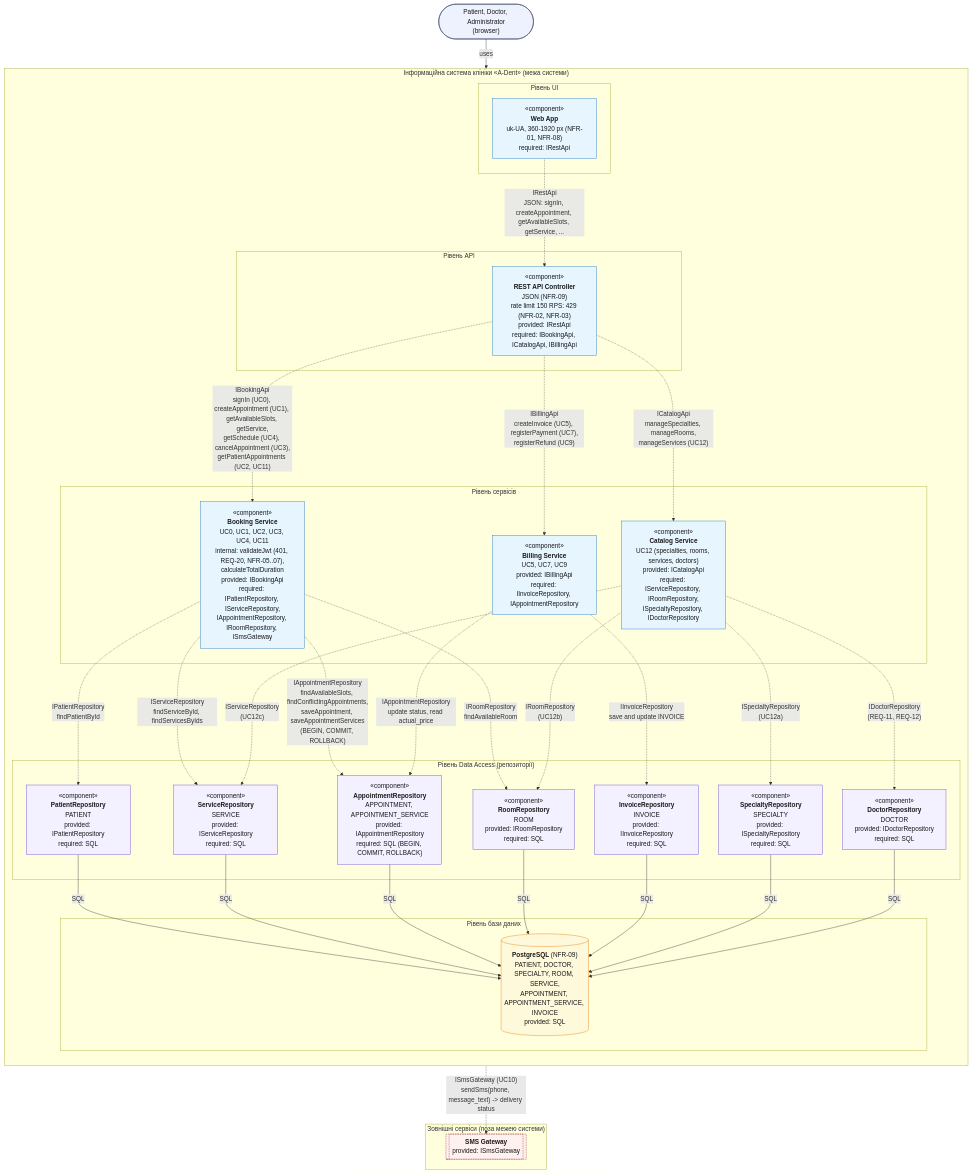
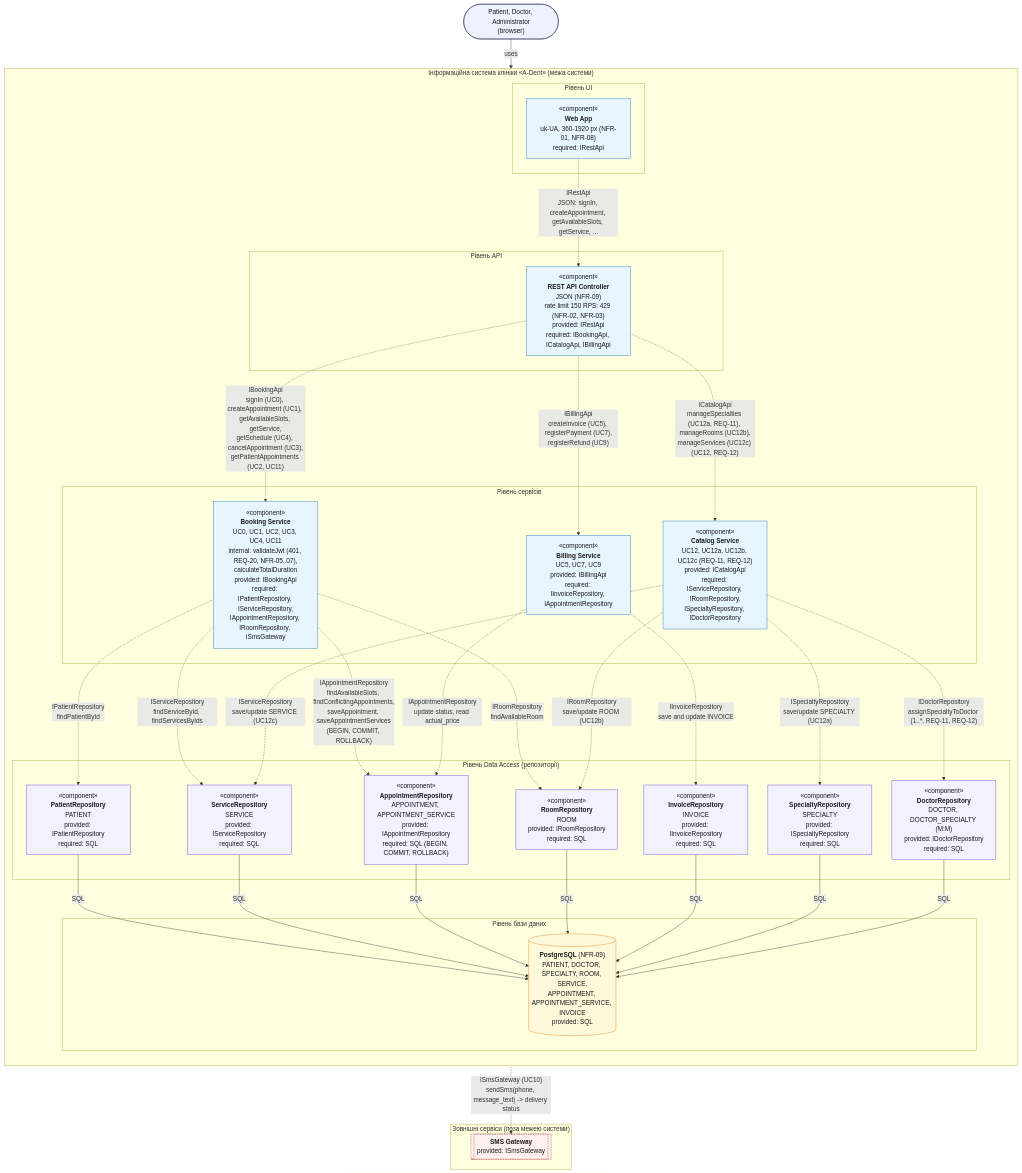
Before and after one commit to dvsqwx/KPI: the diagram in component-diagram.mmd, drawn with Mermaid. The commit also changed 1 other file, not shown here.

Commit message:
fix(component): link doctor specialties M:N and add UC12a-c

```diff
--- a/component-diagram.mmd
+++ b/component-diagram.mmd
@@ -1,87 +1,87 @@
 %% Component diagram — архітектура системи «A-Dent», spec.md розділ 12.
 %% Нотація (Mermaid flowchart): прямокутник «component» — компонент; межа системи — зовнішній subgraph; рівні — вкладені subgraph.
 %% У кожному компоненті вказано provided (що він надає) і required (що йому потрібно) інтерфейси.
 %% Пунктирна стрілка — залежність від required-інтерфейсу: напрямок від споживача до постачальника, підпис — інтерфейс і виклики.
 %% Назви методів і сутностей збігаються з sequence-diagram.mmd, activity-diagram.mmd, use-case-diagram.mmd та er-diagram.mmd.
 flowchart TB
 
     Users(["Patient, Doctor, Administrator<br/>(browser)"]):::actor
 
     subgraph SYS["Інформаційна система клініки «A-Dent» (межа системи)"]
         direction TB
 
         subgraph UI["Рівень UI"]
             WebApp["«component»<br/><b>Web App</b><br/>uk-UA, 360-1920 px (NFR-01, NFR-08)<br/>required: IRestApi"]:::comp
         end
 
         subgraph API["Рівень API"]
             Controller["«component»<br/><b>REST API Controller</b><br/>JSON (NFR-09)<br/>rate limit 150 RPS: 429 (NFR-02, NFR-03)<br/>provided: IRestApi<br/>required: IBookingApi, ICatalogApi, IBillingApi"]:::comp
         end
 
         subgraph SVC["Рівень сервісів"]
             Booking["«component»<br/><b>Booking Service</b><br/>UC0, UC1, UC2, UC3, UC4, UC11<br/>internal: validateJwt (401, REQ-20, NFR-05..07),<br/>calculateTotalDuration<br/>provided: IBookingApi<br/>required: IPatientRepository, IServiceRepository,<br/>IAppointmentRepository, IRoomRepository, ISmsGateway"]:::comp
-            Catalog["«component»<br/><b>Catalog Service</b><br/>UC12 (specialties, rooms, services, doctors)<br/>provided: ICatalogApi<br/>required: IServiceRepository, IRoomRepository,<br/>ISpecialtyRepository, IDoctorRepository"]:::comp
+            Catalog["«component»<br/><b>Catalog Service</b><br/>UC12, UC12a, UC12b, UC12c (REQ-11, REQ-12)<br/>provided: ICatalogApi<br/>required: IServiceRepository, IRoomRepository,<br/>ISpecialtyRepository, IDoctorRepository"]:::comp
             Billing["«component»<br/><b>Billing Service</b><br/>UC5, UC7, UC9<br/>provided: IBillingApi<br/>required: IInvoiceRepository, IAppointmentRepository"]:::comp
         end
 
         subgraph DA["Рівень Data Access (репозиторії)"]
             PatientRepo["«component»<br/><b>PatientRepository</b><br/>PATIENT<br/>provided: IPatientRepository<br/>required: SQL"]:::repo
             ServiceRepo["«component»<br/><b>ServiceRepository</b><br/>SERVICE<br/>provided: IServiceRepository<br/>required: SQL"]:::repo
             AppRepo["«component»<br/><b>AppointmentRepository</b><br/>APPOINTMENT, APPOINTMENT_SERVICE<br/>provided: IAppointmentRepository<br/>required: SQL (BEGIN, COMMIT, ROLLBACK)"]:::repo
             RoomRepo["«component»<br/><b>RoomRepository</b><br/>ROOM<br/>provided: IRoomRepository<br/>required: SQL"]:::repo
             InvoiceRepo["«component»<br/><b>InvoiceRepository</b><br/>INVOICE<br/>provided: IInvoiceRepository<br/>required: SQL"]:::repo
             SpecialtyRepo["«component»<br/><b>SpecialtyRepository</b><br/>SPECIALTY<br/>provided: ISpecialtyRepository<br/>required: SQL"]:::repo
-            DoctorRepo["«component»<br/><b>DoctorRepository</b><br/>DOCTOR<br/>provided: IDoctorRepository<br/>required: SQL"]:::repo
+            DoctorRepo["«component»<br/><b>DoctorRepository</b><br/>DOCTOR, DOCTOR_SPECIALTY (M:M)<br/>provided: IDoctorRepository<br/>required: SQL"]:::repo
         end
 
         subgraph DBL["Рівень бази даних"]
             DB[("<b>PostgreSQL</b> (NFR-09)<br/>PATIENT, DOCTOR, SPECIALTY, ROOM, SERVICE,<br/>APPOINTMENT, APPOINTMENT_SERVICE, INVOICE<br/>provided: SQL")]:::db
         end
     end
 
     subgraph EXT["Зовнішні сервіси (поза межею системи)"]
         SMS[["<b>SMS Gateway</b><br/>provided: ISmsGateway"]]:::ext
     end
 
     %% ===== Користувачі і UI =====
     Users -->|"uses"| WebApp
     WebApp -.->|"IRestApi<br/>JSON: signIn, createAppointment, getAvailableSlots, getService, ..."| Controller
 
     %% ===== API -> сервіси =====
     Controller -.->|"IBookingApi<br/>signIn (UC0), createAppointment (UC1), getAvailableSlots, getService,<br/>getSchedule (UC4), cancelAppointment (UC3),<br/>getPatientAppointments (UC2, UC11)"| Booking
-    Controller -.->|"ICatalogApi<br/>manageSpecialties, manageRooms,<br/>manageServices (UC12)"| Catalog
+    Controller -.->|"ICatalogApi<br/>manageSpecialties (UC12a, REQ-11), manageRooms (UC12b),<br/>manageServices (UC12c) (UC12, REQ-12)"| Catalog
     Controller -.->|"IBillingApi<br/>createInvoice (UC5), registerPayment (UC7),<br/>registerRefund (UC9)"| Billing
 
     %% ===== Booking Service -> Data Access =====
     Booking -.->|"IPatientRepository<br/>findPatientById"| PatientRepo
     Booking -.->|"IServiceRepository<br/>findServiceById, findServicesByIds"| ServiceRepo
     Booking -.->|"IAppointmentRepository<br/>findAvailableSlots, findConflictingAppointments,<br/>saveAppointment, saveAppointmentServices<br/>(BEGIN, COMMIT, ROLLBACK)"| AppRepo
     Booking -.->|"IRoomRepository<br/>findAvailableRoom"| RoomRepo
 
     %% ===== Catalog Service -> Data Access =====
-    Catalog -.->|"IServiceRepository<br/>(UC12c)"| ServiceRepo
-    Catalog -.->|"IRoomRepository<br/>(UC12b)"| RoomRepo
-    Catalog -.->|"ISpecialtyRepository<br/>(UC12a)"| SpecialtyRepo
-    Catalog -.->|"IDoctorRepository<br/>(REQ-11, REQ-12)"| DoctorRepo
+    Catalog -.->|"IServiceRepository<br/>save/update SERVICE (UC12c)"| ServiceRepo
+    Catalog -.->|"IRoomRepository<br/>save/update ROOM (UC12b)"| RoomRepo
+    Catalog -.->|"ISpecialtyRepository<br/>save/update SPECIALTY (UC12a)"| SpecialtyRepo
+    Catalog -.->|"IDoctorRepository<br/>assignSpecialtyToDoctor (1..*, REQ-11, REQ-12)"| DoctorRepo
 
     %% ===== Billing Service -> Data Access =====
     Billing -.->|"IInvoiceRepository<br/>save and update INVOICE"| InvoiceRepo
     Billing -.->|"IAppointmentRepository<br/>update status, read actual_price"| AppRepo
 
     %% ===== Data Access -> PostgreSQL =====
     PatientRepo -->|"SQL"| DB
     ServiceRepo -->|"SQL"| DB
     AppRepo -->|"SQL"| DB
     RoomRepo -->|"SQL"| DB
     InvoiceRepo -->|"SQL"| DB
     SpecialtyRepo -->|"SQL"| DB
     DoctorRepo -->|"SQL"| DB
 
     %% ===== Зовнішній сервіс =====
     Booking -.->|"ISmsGateway (UC10)<br/>sendSms(phone, message_text) -> delivery status"| SMS
 
     classDef comp fill:#e7f5ff,stroke:#1971c2,color:#1a1a1a;
     classDef repo fill:#f3f0ff,stroke:#6741d9,color:#1a1a1a;
     classDef db fill:#fff9db,stroke:#e67700,color:#1a1a1a;
     classDef ext fill:#fff1f0,stroke:#9b2c2c,stroke-dasharray:4 2,color:#1a1a1a;
     classDef actor fill:#eef2ff,stroke:#33415c,color:#1a1a1a;
```
